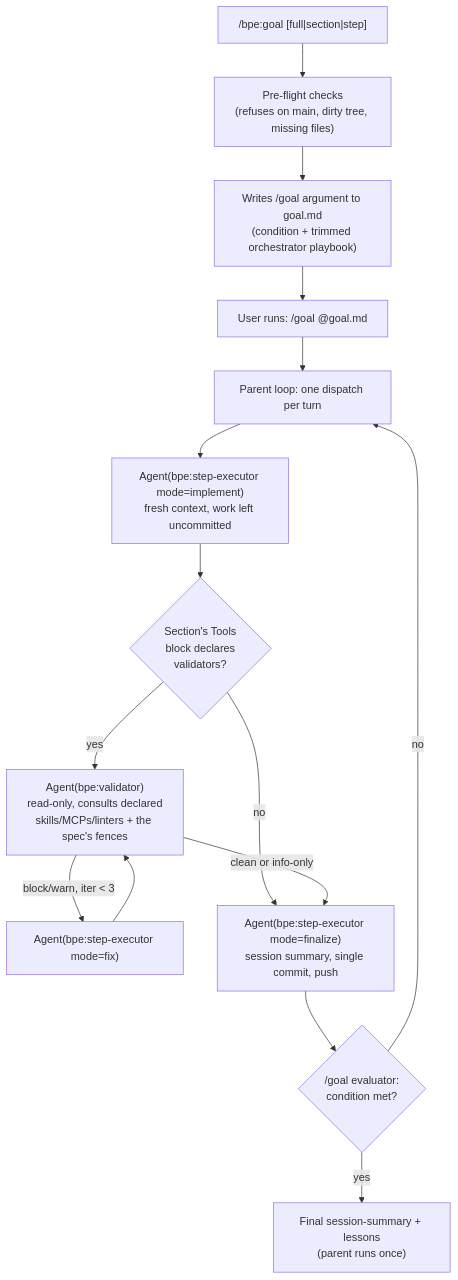
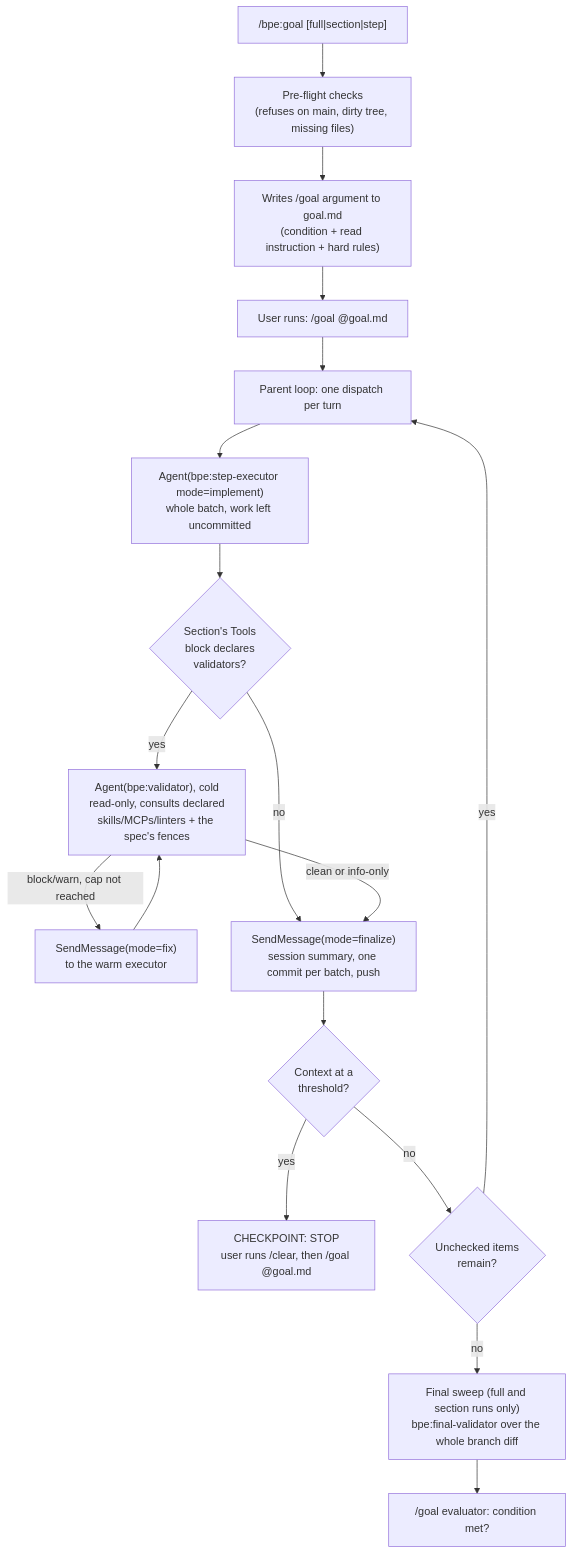
Before and after one commit to MasonEgger/bpe-claude-code-plugin: the diagram in bpe/README.md, drawn with Mermaid. The commit also changed other lines of this file and 44 other files, not shown here.

Commit message:
Release 0.7.3: batch mode, final sweep, context checkpoint, convergence-aware validator cap (#56)

````diff
--- a/bpe/README.md
+++ b/bpe/README.md
@@ -102,17 +108,20 @@
 ```mermaid
 flowchart TD
     A["/bpe:goal [full|section|step]"] --> B["Pre-flight checks<br/>(refuses on main, dirty tree, missing files)"]
-    B --> C["Writes /goal argument to goal.md<br/>(condition + trimmed orchestrator playbook)"]
+    B --> C["Writes /goal argument to goal.md<br/>(condition + read instruction + hard rules)"]
     C --> D["User runs: /goal @goal.md"]
     D --> E["Parent loop: one dispatch per turn"]
-    E --> F["Agent(bpe:step-executor mode=implement)<br/>fresh context, work left uncommitted"]
+    E --> F["Agent(bpe:step-executor mode=implement)<br/>whole batch, work left uncommitted"]
     F --> G{"Section's Tools<br/>block declares<br/>validators?"}
-    G -->|yes| H["Agent(bpe:validator)<br/>read-only, consults declared<br/>skills/MCPs/linters + the spec's fences"]
-    H -->|"block/warn, iter < 3"| I["Agent(bpe:step-executor mode=fix)"]
+    G -->|yes| H["Agent(bpe:validator), cold<br/>read-only, consults declared<br/>skills/MCPs/linters + the spec's fences"]
+    H -->|"block/warn, cap not reached"| I["SendMessage(mode=fix)<br/>to the warm executor"]
     I --> H
-    G -->|no| J["Agent(bpe:step-executor mode=finalize)<br/>session summary, single commit, push"]
+    G -->|no| J["SendMessage(mode=finalize)<br/>session summary, one commit per batch, push"]
     H -->|"clean or info-only"| J
-    J --> K{"/goal evaluator:<br/>condition met?"}
-    K -->|no| E
-    K -->|yes| L["Final session-summary + lessons<br/>(parent runs once)"]
+    J --> M{"Context at a<br/>threshold?"}
+    M -->|"yes"| N["CHECKPOINT: STOP<br/>user runs /clear, then /goal @goal.md"]
+    M -->|"no"| K{"Unchecked items<br/>remain?"}
+    K -->|yes| E
+    K -->|no| L["Final sweep (full and section runs only)<br/>bpe:final-validator over the whole branch diff"]
+    L --> Z["/goal evaluator: condition met?"]
 ```
````
